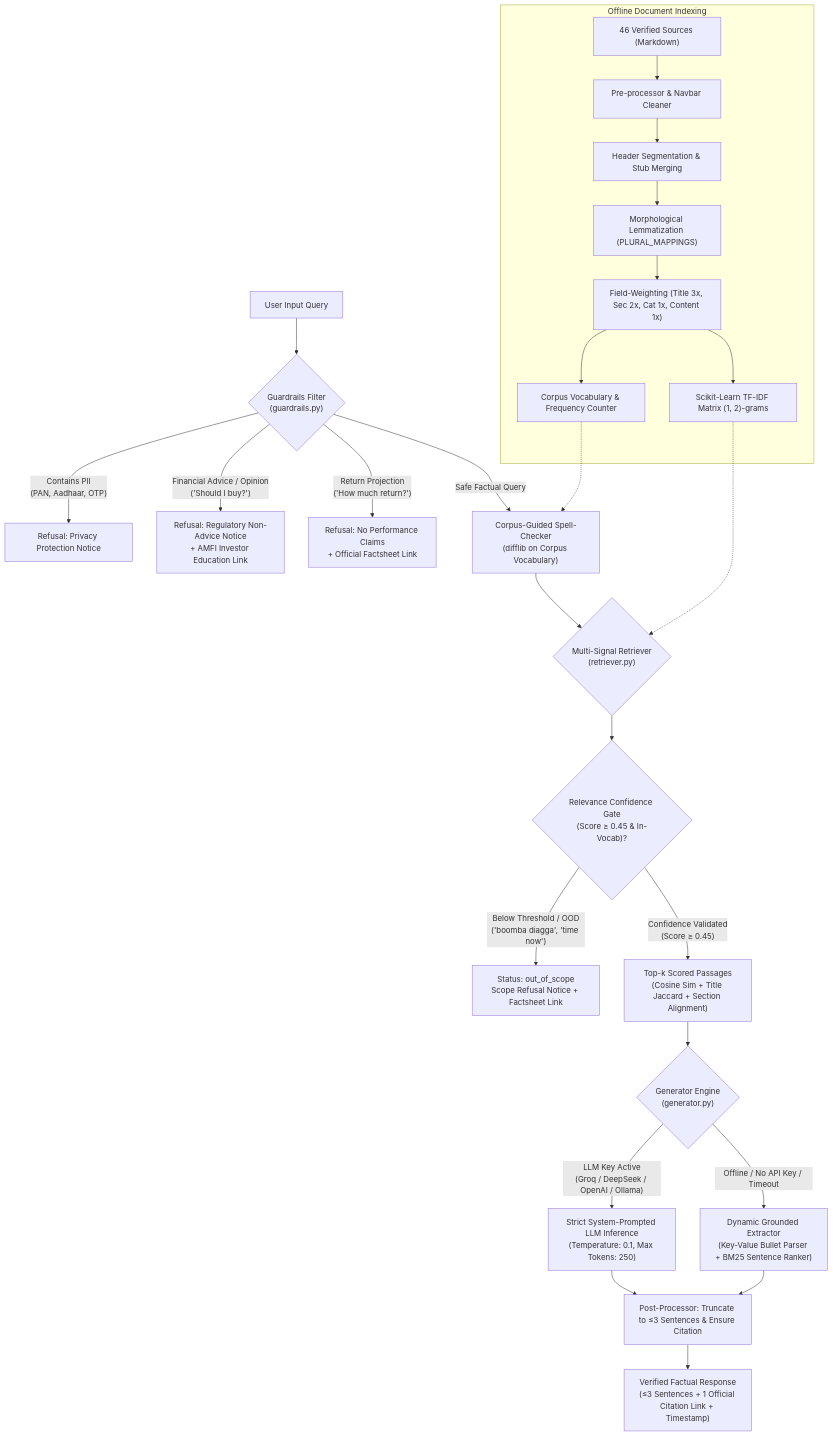
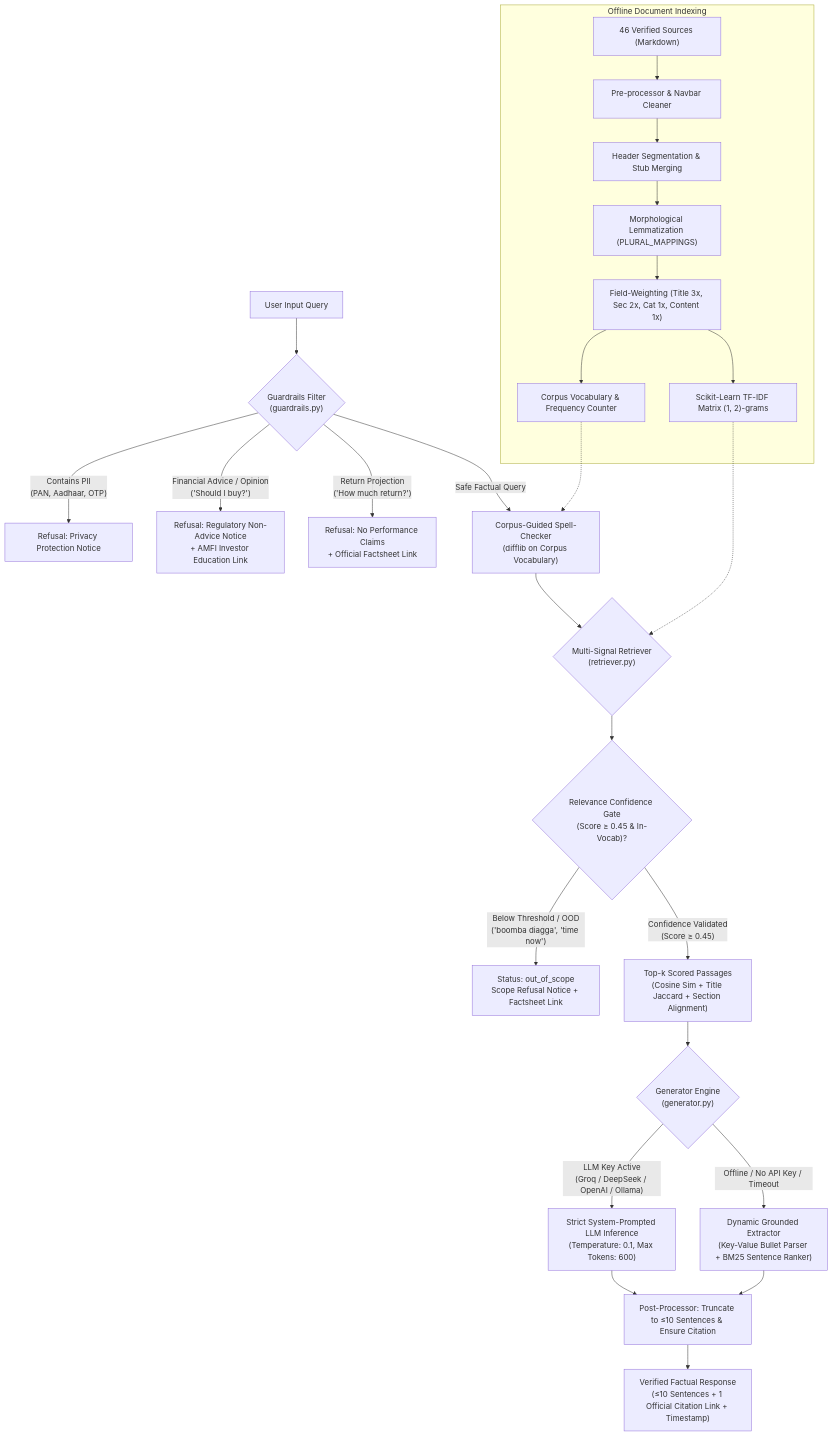
One commit to chris-joseph/elss_chatbot changed the first of 3 diagrams in docs/architecture.md. Above: the diagram before and after it, drawn with Mermaid. The commit also changed other lines of this file and 6 other files, not shown here.

````diff
--- a/docs/architecture.md
+++ b/docs/architecture.md
@@ -38,39 +38,39 @@
 ```mermaid
 flowchart TD
     UserQuery["User Input Query"] --> Guardrails{"Guardrails Filter<br/>(guardrails.py)"}
     
     Guardrails -- "Contains PII<br/>(PAN, Aadhaar, OTP)" --> RefusalPII["Refusal: Privacy Protection Notice"]
     Guardrails -- "Financial Advice / Opinion<br/>('Should I buy?')" --> RefusalAdvice["Refusal: Regulatory Non-Advice Notice<br/>+ AMFI Investor Education Link"]
     Guardrails -- "Return Projection<br/>('How much return?')" --> RefusalPerf["Refusal: No Performance Claims<br/>+ Official Factsheet Link"]
     
     Guardrails -- "Safe Factual Query" --> Normalizer["Corpus-Guided Spell-Checker<br/>(difflib on Corpus Vocabulary)"]
     
     subgraph OfflineCorpusIndex ["Offline Document Indexing"]
         RawDocs["46 Verified Sources (Markdown)"] --> Cleaner["Pre-processor & Navbar Cleaner"]
         Cleaner --> Chunker["Header Segmentation & Stub Merging"]
         Chunker --> Lemmatizer["Morphological Lemmatization (PLURAL_MAPPINGS)"]
         Lemmatizer --> FieldWeights["Field-Weighting (Title 3x, Sec 2x, Cat 1x, Content 1x)"]
         FieldWeights --> TFIDFIndex["Scikit-Learn TF-IDF Matrix (1, 2)-grams"]
         FieldWeights --> VocabIndex["Corpus Vocabulary & Frequency Counter"]
     end
     
     VocabIndex -.-> Normalizer
     
     Normalizer --> Retriever{"Multi-Signal Retriever<br/>(retriever.py)"}
     TFIDFIndex -.-> Retriever
     
     Retriever --> ConfidenceGate{"Relevance Confidence Gate<br/>(Score ≥ 0.45 & In-Vocab)?"}
     
     ConfidenceGate -- "Below Threshold / OOD<br/>('boomba diagga', 'time now')" --> OutOfScope["Status: out_of_scope<br/>Scope Refusal Notice + Factsheet Link"]
     ConfidenceGate -- "Confidence Validated<br/>(Score ≥ 0.45)" --> TopK["Top-k Scored Passages<br/>(Cosine Sim + Title Jaccard + Section Alignment)"]
     
     TopK --> Generator{"Generator Engine<br/>(generator.py)"}
     
-    Generator -- "LLM Key Active<br/>(Groq / DeepSeek / OpenAI / Ollama)" --> OnlineLLM["Strict System-Prompted LLM Inference<br/>(Temperature: 0.1, Max Tokens: 250)"]
+    Generator -- "LLM Key Active<br/>(Groq / DeepSeek / OpenAI / Ollama)" --> OnlineLLM["Strict System-Prompted LLM Inference<br/>(Temperature: 0.1, Max Tokens: 600)"]
     Generator -- "Offline / No API Key / Timeout" --> OfflineExtractor["Dynamic Grounded Extractor<br/>(Key-Value Bullet Parser + BM25 Sentence Ranker)"]
     
-    OnlineLLM --> PostProc["Post-Processor: Truncate to ≤3 Sentences & Ensure Citation"]
+    OnlineLLM --> PostProc["Post-Processor: Truncate to ≤10 Sentences & Ensure Citation"]
     OfflineExtractor --> PostProc
     
-    PostProc --> FinalResponse["Verified Factual Response<br/>(≤3 Sentences + 1 Official Citation Link + Timestamp)"]
+    PostProc --> FinalResponse["Verified Factual Response<br/>(≤10 Sentences + 1 Official Citation Link + Timestamp)"]
 ```
````
